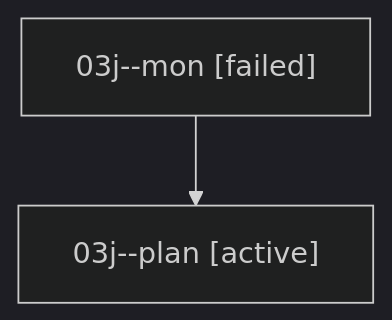
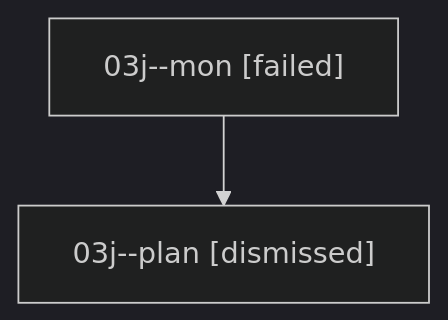
Before and after one commit to sase-org/sase--agents: the diagram in sessions/bbugyi200.athena.03j.md, drawn with Mermaid (dark theme). The commit also changed other lines of this file and 34 other files, not shown here.

````diff
--- a/sessions/bbugyi200.athena.03j.md
+++ b/sessions/bbugyi200.athena.03j.md
@@ -9,6 +9,6 @@
 ```mermaid
 flowchart TD
   n0["03j--mon [failed]"]
-  n1["03j--plan [active]"]
+  n1["03j--plan [dismissed]"]
   n0 --> n1
 ```
````
